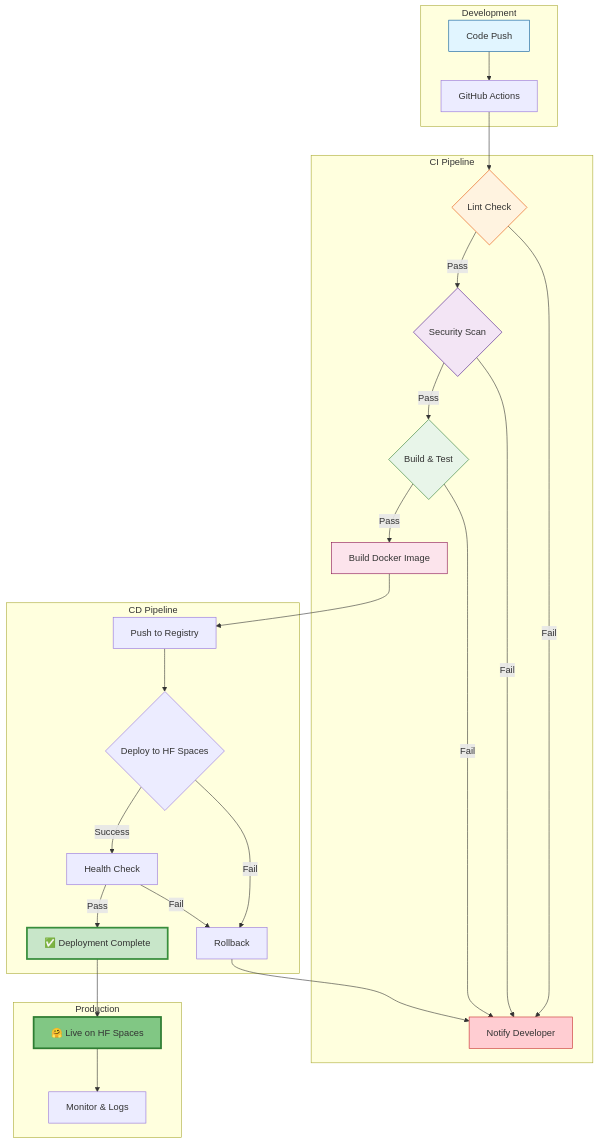
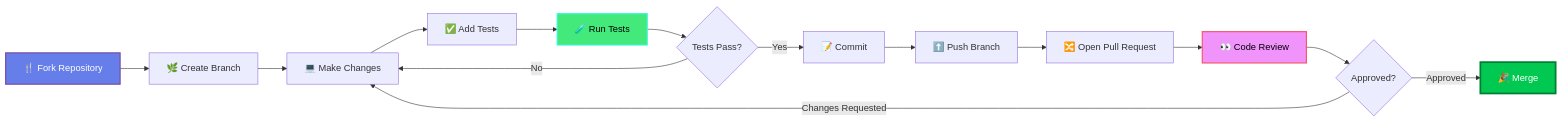
Diagram 15 of 15 in README.md (NovusAevum/agent4-implementation), drawn with Mermaid before and after one commit. The commit also changed other lines of this file, not shown here.

````diff
--- a/README.md
+++ b/README.md
@@ -460,40 +1851,21 @@
 ```mermaid
-graph TB
-    subgraph "Development"
-        A[Code Push] --> B[GitHub Actions]
-    end
-    
-    subgraph "CI Pipeline"
-        B --> C{Lint Check}
-        C -->|Pass| D{Security Scan}
-        C -->|Fail| Z[Notify Developer]
-        D -->|Pass| E{Build & Test}
-        D -->|Fail| Z
-        E -->|Pass| F[Build Docker Image]
-        E -->|Fail| Z
-    end
-    
-    subgraph "CD Pipeline"
-        F --> G[Push to Registry]
-        G --> H{Deploy to HF Spaces}
-        H -->|Success| I[Health Check]
-        H -->|Fail| J[Rollback]
-        I -->|Pass| K[✅ Deployment Complete]
-        I -->|Fail| J
-        J --> Z
-    end
-    
-    subgraph "Production"
-        K --> L[🤗 Live on HF Spaces]
-        L --> M[Monitor & Logs]
-    end
-    
-    style A fill:#e1f5ff,stroke:#01579b
-    style C fill:#fff3e0,stroke:#e65100
-    style D fill:#f3e5f5,stroke:#4a148c
-    style E fill:#e8f5e9,stroke:#2e7d32
-    style F fill:#fce4ec,stroke:#880e4f
-    style K fill:#c8e6c9,stroke:#388e3c,stroke-width:3px
-    style L fill:#81c784,stroke:#2e7d32,stroke-width:3px
-    style Z fill:#ffcdd2,stroke:#c62828
+graph LR
+    A[🍴 Fork Repository] --> B[🌿 Create Branch]
+    B --> C[💻 Make Changes]
+    C --> D[✅ Add Tests]
+    D --> E[🧪 Run Tests]
+    E --> F{Tests Pass?}
+    F -->|No| C
+    F -->|Yes| G[📝 Commit]
+    G --> H[⬆️ Push Branch]
+    H --> I[🔀 Open Pull Request]
+    I --> J[👀 Code Review]
+    J --> K{Approved?}
+    K -->|Changes Requested| C
+    K -->|Approved| L[🎉 Merge]
+
+    style A fill:#667eea,stroke:#764ba2,stroke-width:2px,color:#fff
+    style E fill:#43e97b,stroke:#38f9d7,stroke-width:2px,color:#000
+    style J fill:#f093fb,stroke:#f5576c,stroke-width:2px,color:#000
+    style L fill:#00C851,stroke:#007E33,stroke-width:3px,color:#fff
 ```
````
